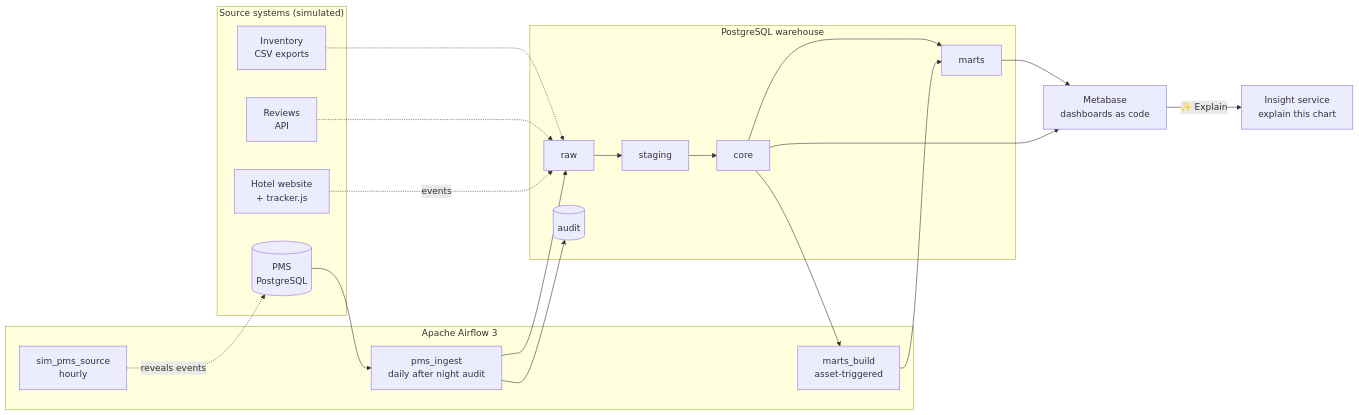
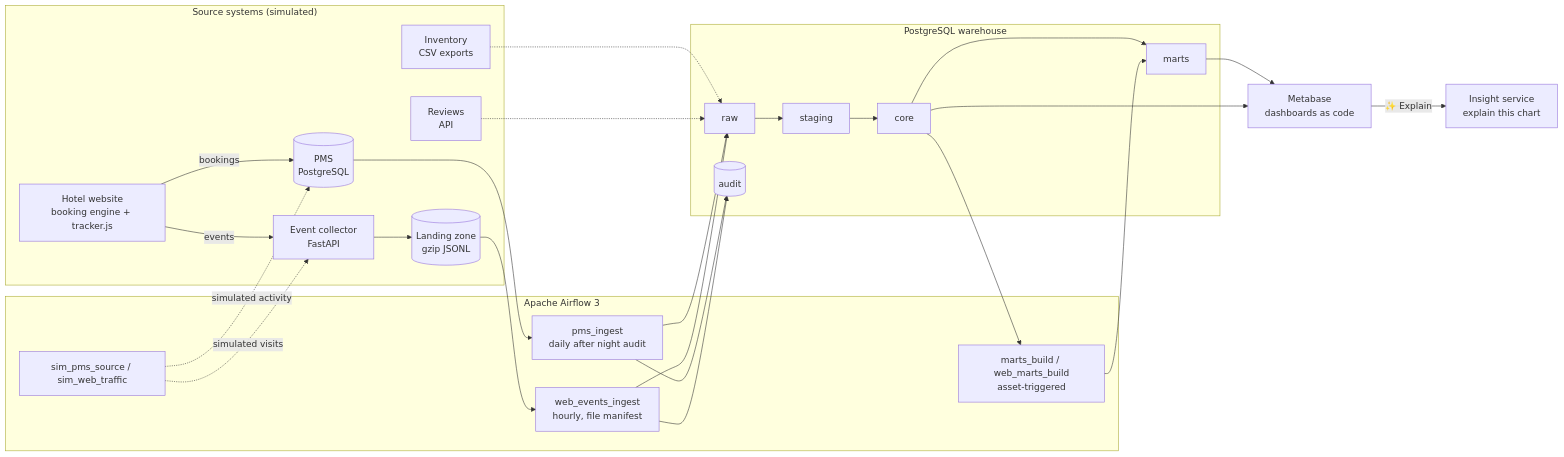
Before and after one commit to haoran-yang-henry/hotelpulse: the diagram in README.md, drawn with Mermaid. The commit also changed other lines of this file and 1 other file, not shown here.

Commit message:
docs: describe website tracking in the README and add dashboard screenshot

````diff
--- a/README.md
+++ b/README.md
@@ -54,34 +59,41 @@
 ```mermaid
 flowchart LR
     subgraph sources["Source systems (simulated)"]
         PMS[("PMS<br/>PostgreSQL")]
+        WEB["Hotel website<br/>booking engine + tracker.js"]
+        COL["Event collector<br/>FastAPI"]
+        LZ[("Landing zone<br/>gzip JSONL")]
         INV["Inventory<br/>CSV exports"]
         REV["Reviews<br/>API"]
-        WEB["Hotel website<br/>+ tracker.js"]
     end
 
     subgraph airflow["Apache Airflow 3"]
-        SIM["sim_pms_source<br/>hourly"]
+        SIM["sim_pms_source / sim_web_traffic"]
         ING["pms_ingest<br/>daily after night audit"]
-        MART["marts_build<br/>asset-triggered"]
+        WING["web_events_ingest<br/>hourly, file manifest"]
+        MART["marts_build / web_marts_build<br/>asset-triggered"]
     end
 
     subgraph dwh["PostgreSQL warehouse"]
         RAW[raw] --> STG[staging] --> CORE[core] --> MARTS[marts]
         AUDIT[(audit)]
     end
 
     MB["Metabase<br/>dashboards as code"]
     EXP["Insight service<br/>explain this chart"]
 
-    SIM -. reveals events .-> PMS
+    SIM -. simulated activity .-> PMS
+    SIM -. simulated visits .-> COL
+    WEB -- bookings --> PMS
+    WEB -- events --> COL --> LZ
     PMS --> ING --> RAW
+    LZ --> WING --> RAW
     INV -.-> RAW
     REV -.-> RAW
-    WEB -. events .-> RAW
     CORE --> MART --> MARTS
     ING --> AUDIT
+    WING --> AUDIT
     MARTS --> MB
     CORE --> MB
     MB -- "✨ Explain" --> EXP
 ```
````
